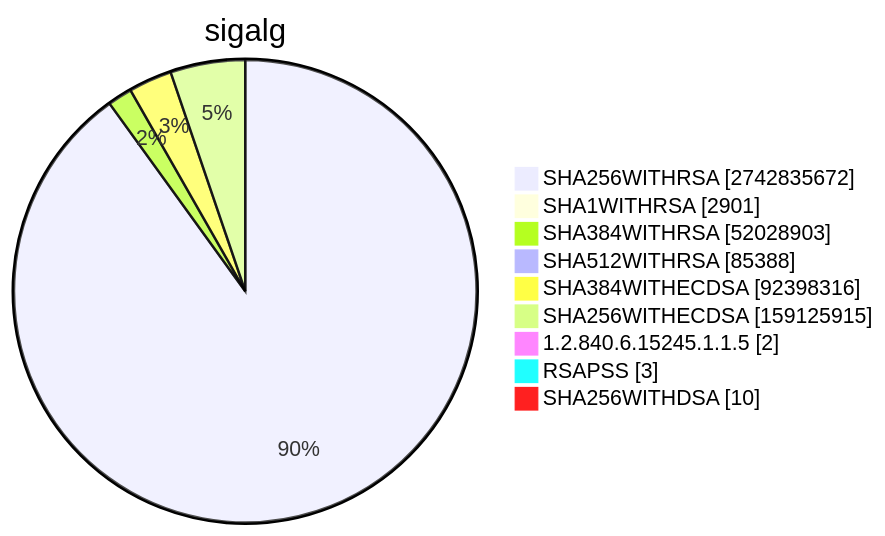
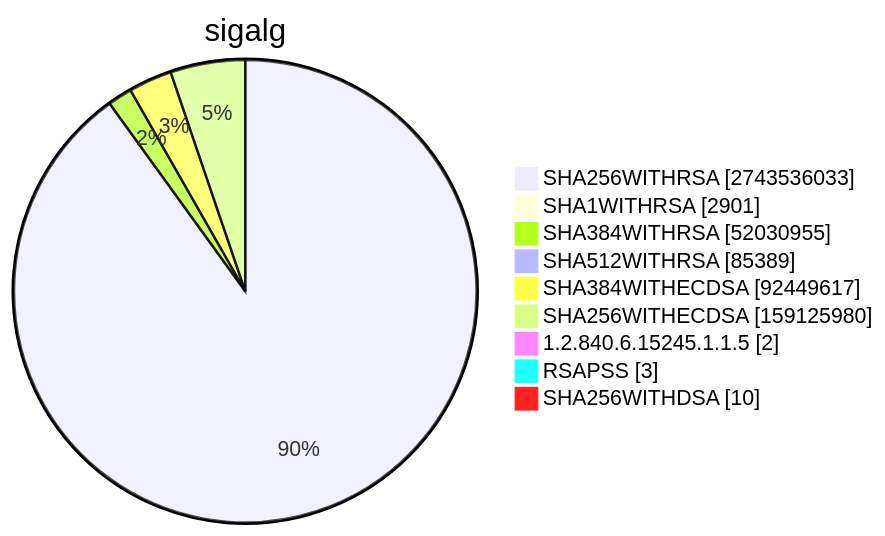
One commit to christiankrug/ctmonitor_visualization changed diagram 15 of 15 in TOTAL/README.md. Above: the diagram before and after it, drawn with Mermaid. The commit also changed other lines of this file, not shown here.

````diff
--- a/TOTAL/README.md
+++ b/TOTAL/README.md
@@ -6204,13 +6204,13 @@
 ```mermaid
 pie showData
 title sigalg
-"SHA256WITHRSA" :2742835672
+"SHA256WITHRSA" :2743536033
 "SHA1WITHRSA" :2901
-"SHA384WITHRSA" :52028903
-"SHA512WITHRSA" :85388
-"SHA384WITHECDSA" :92398316
-"SHA256WITHECDSA" :159125915
+"SHA384WITHRSA" :52030955
+"SHA512WITHRSA" :85389
+"SHA384WITHECDSA" :92449617
+"SHA256WITHECDSA" :159125980
 "1.2.840.6.15245.1.1.5" :2
 "RSAPSS" :3
 "SHA256WITHDSA" :10
 ```
````
